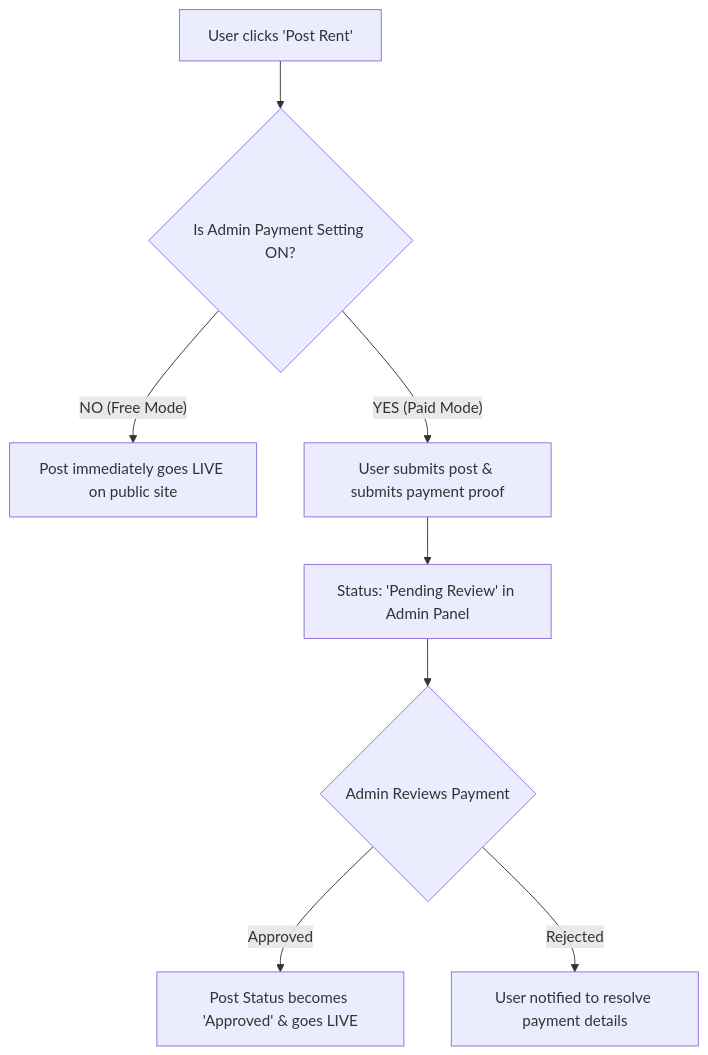
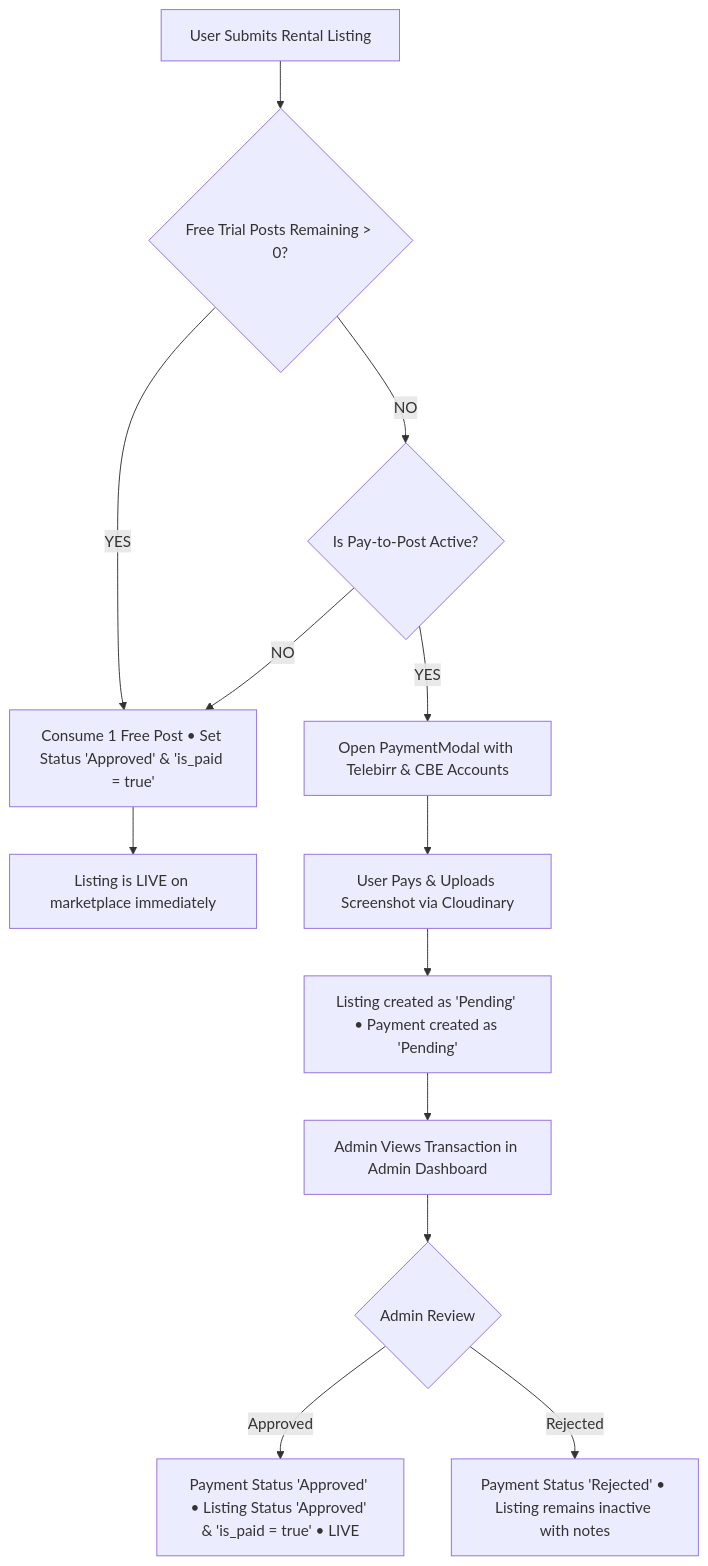
One commit to petrosasmamaw/yene-kiray changed the diagram in workflow.md. Above: the diagram before and after it, drawn with Mermaid. The commit also changed other lines of this file and 23 other files, not shown here.

Commit message:
docs: update workflow specification with comprehensive monetization and free trial post policies

````diff
--- a/workflow.md
+++ b/workflow.md
@@ -30,10 +45,15 @@
 ```mermaid
 flowchart TD
-    A[User clicks 'Post Rent'] --> B{Is Admin Payment Setting ON?}
-    B -- NO (Free Mode) --> C[Post immediately goes LIVE on public site]
-    B -- YES (Paid Mode) --> D[User submits post & submits payment proof]
-    D --> E[Status: 'Pending Review' in Admin Panel]
-    E --> F{Admin Reviews Payment}
-    F -- Approved --> G[Post Status becomes 'Approved' & goes LIVE]
-    F -- Rejected --> H[User notified to resolve payment details]
+    A[User Submits Rental Listing] --> B{Free Trial Posts Remaining > 0?}
+    B -- YES --> C[Consume 1 Free Post • Set Status 'Approved' & 'is_paid = true']
+    C --> D[Listing is LIVE on marketplace immediately]
+    B -- NO --> E{Is Pay-to-Post Active?}
+    E -- NO --> C
+    E -- YES --> F[Open PaymentModal with Telebirr & CBE Accounts]
+    F --> G[User Pays & Uploads Screenshot via Cloudinary]
+    G --> H[Listing created as 'Pending' • Payment created as 'Pending']
+    H --> I[Admin Views Transaction in Admin Dashboard]
+    I --> J{Admin Review}
+    J -- Approved --> K[Payment Status 'Approved' • Listing Status 'Approved' & 'is_paid = true' • LIVE]
+    J -- Rejected --> L[Payment Status 'Rejected' • Listing remains inactive with notes]
 ```
````
